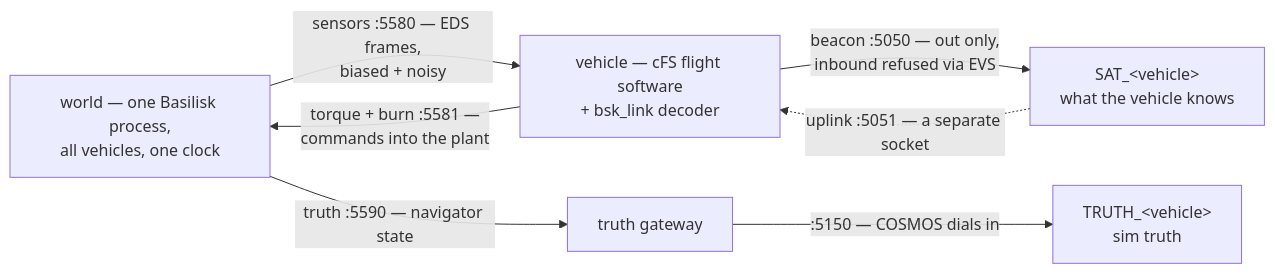
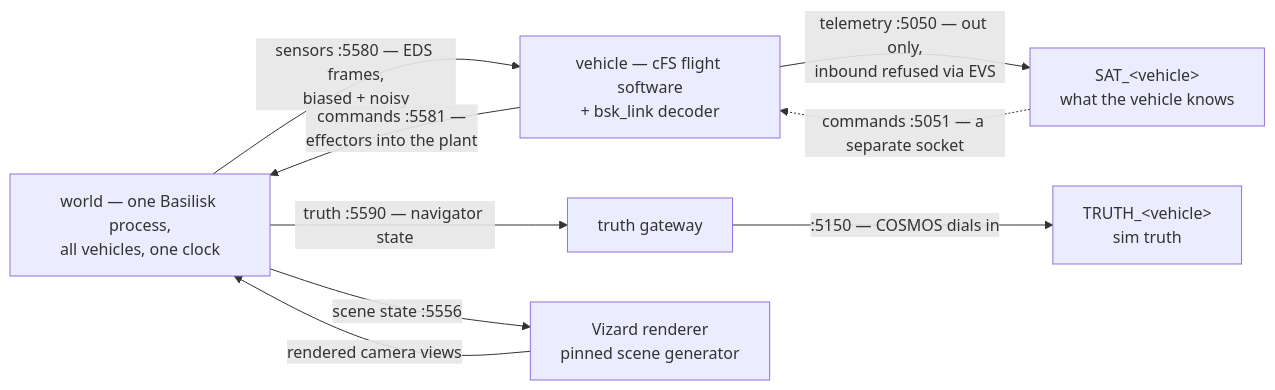
One commit to stephen-ritter/orrery changed the diagram in README.md. Above: the diagram before and after it, drawn with Mermaid. The commit also changed other lines of this file, not shown here.

First line of the commit message:
README: name the renderer, plain radio words, generic command edges

````diff
--- a/README.md
+++ b/README.md
@@ -141,13 +146,16 @@
 ```mermaid
 flowchart LR
   WORLD["world — one Basilisk process,<br/>all vehicles, one clock"]
   VEH["vehicle — cFS flight software<br/>+ bsk_link decoder"]
   SAT["SAT_&lt;vehicle&gt;<br/>what the vehicle knows"]
   GW["truth gateway"]
   TRT["TRUTH_&lt;vehicle&gt;<br/>sim truth"]
+  REND["Vizard renderer<br/>pinned scene generator"]
   WORLD -- "sensors :5580 — EDS frames,<br/>biased + noisy" --> VEH
-  VEH -- "torque + burn :5581 —<br/>commands into the plant" --> WORLD
-  VEH -- "beacon :5050 — out only,<br/>inbound refused via EVS" --> SAT
-  SAT -. "uplink :5051 — a separate socket" .-> VEH
+  VEH -- "commands :5581 —<br/>effectors into the plant" --> WORLD
+  VEH -- "telemetry :5050 — out only,<br/>inbound refused via EVS" --> SAT
+  SAT -. "commands :5051 — a separate socket" .-> VEH
   WORLD -- "truth :5590 — navigator state" --> GW -- ":5150 — COSMOS dials in" --> TRT
+  WORLD -- "scene state :5556" --> REND
+  REND -- "rendered camera views" --> WORLD
 ```
````
